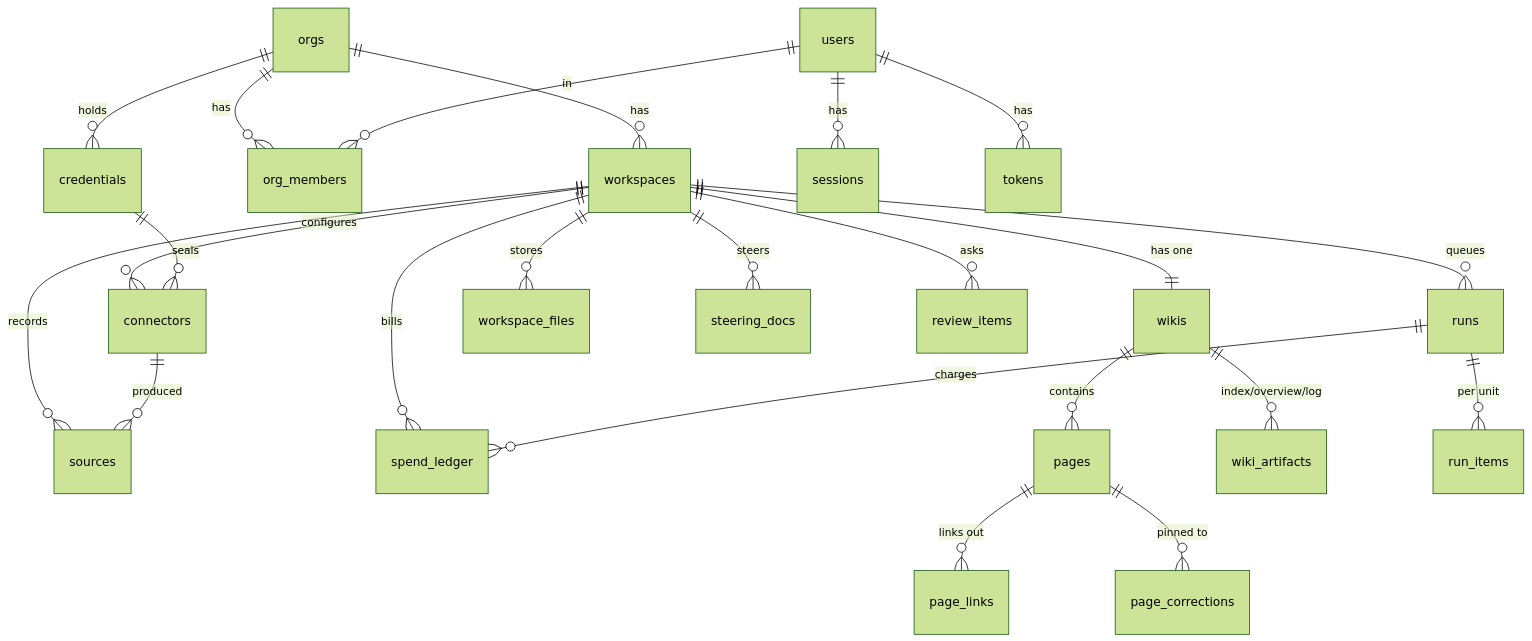
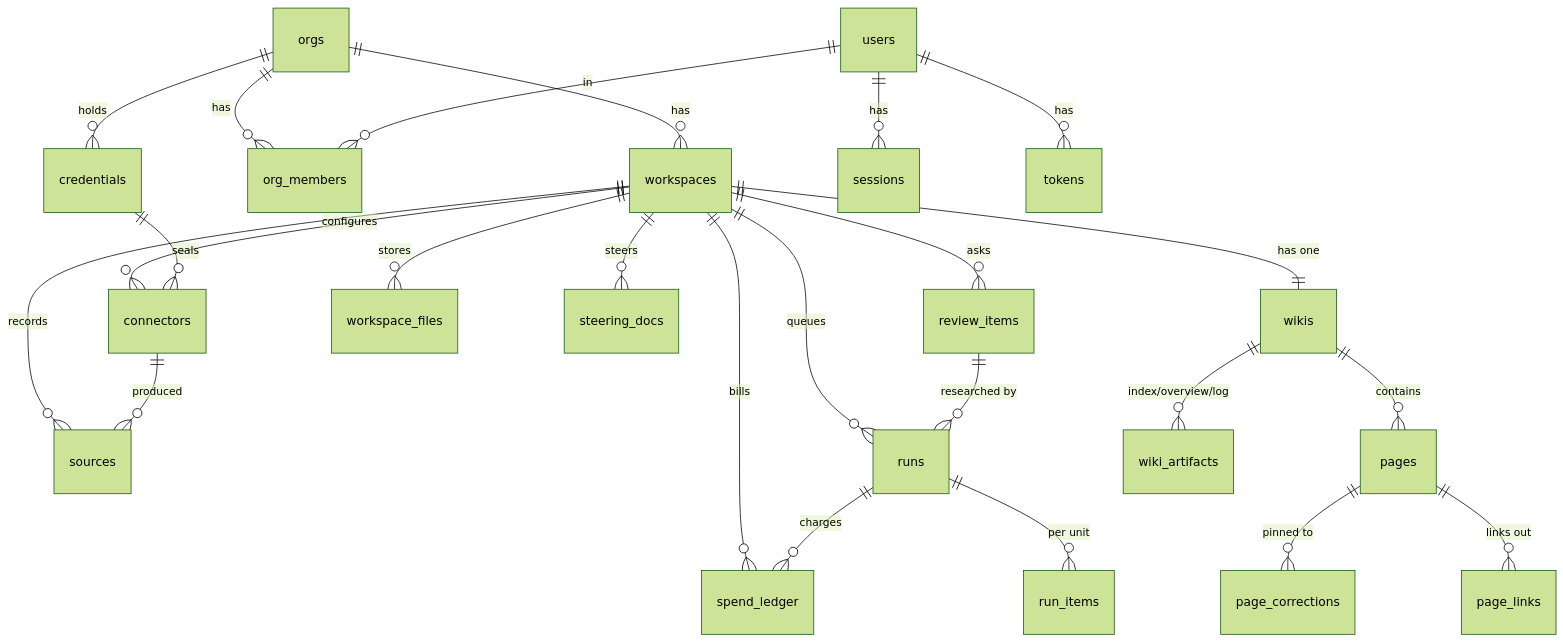
One commit to daiwa-zou/kiln changed diagram 14 of 16 in docs/architecture.md. Above: the diagram before and after it, drawn with Mermaid (forest theme). The commit also changed other lines of this file and 24 other files, not shown here.

````diff
--- a/docs/architecture.md
+++ b/docs/architecture.md
@@ -657,28 +698,29 @@
 ```mermaid
 erDiagram
     orgs ||--o{ workspaces : has
     orgs ||--o{ org_members : has
     orgs ||--o{ credentials : holds
     users ||--o{ org_members : in
     users ||--o{ sessions : has
     users ||--o{ tokens : has
 
     workspaces ||--|| wikis : "has one"
     workspaces ||--o{ connectors : configures
     workspaces ||--o{ sources : records
     workspaces ||--o{ runs : queues
     workspaces ||--o{ workspace_files : stores
     workspaces ||--o{ steering_docs : steers
     workspaces ||--o{ review_items : asks
     workspaces ||--o{ spend_ledger : bills
 
     wikis ||--o{ pages : contains
     wikis ||--o{ wiki_artifacts : "index/overview/log"
     pages ||--o{ page_links : "links out"
     pages ||--o{ page_corrections : "pinned to"
 
     connectors ||--o{ sources : produced
     credentials ||--o{ connectors : seals
     runs ||--o{ run_items : "per unit"
     runs ||--o{ spend_ledger : charges
+    review_items ||--o{ runs : "researched by"
 ```
````
